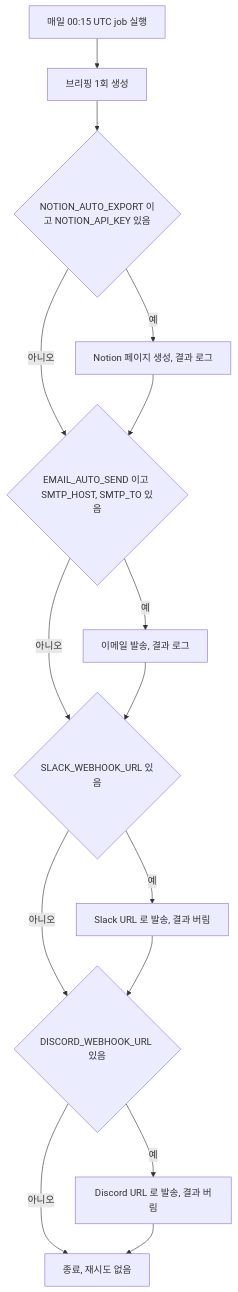
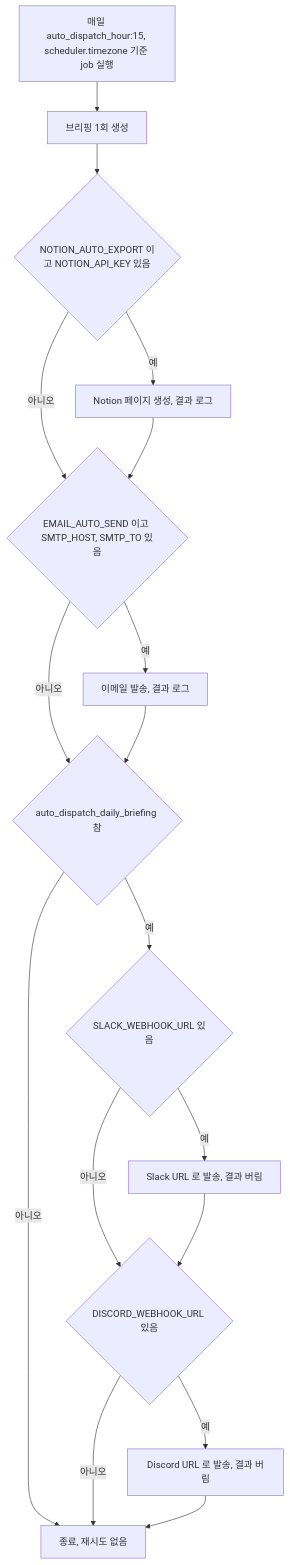
Before and after one commit to ozplayground/agent-lens: diagram 14 of 14 in docs/spec-writer/fsd/04_BRIEFING_AND_SHARING_SPECIFICATION.md, drawn with Mermaid. The commit also changed other lines of this file and 216 other files, not shown here.

````diff
--- a/docs/spec-writer/fsd/04_BRIEFING_AND_SHARING_SPECIFICATION.md
+++ b/docs/spec-writer/fsd/04_BRIEFING_AND_SHARING_SPECIFICATION.md
@@ -1152,17 +1144,19 @@
 ```mermaid
 flowchart TD
-    A["매일 00:15 UTC job 실행"] --> B["브리핑 1회 생성"]
+    A["매일 auto_dispatch_hour:15, scheduler.timezone 기준 job 실행"] --> B["브리핑 1회 생성"]
     B --> C{"NOTION_AUTO_EXPORT 이고 NOTION_API_KEY 있음"}
     C -- 예 --> C1["Notion 페이지 생성, 결과 로그"]
     C -- 아니오 --> D
     C1 --> D{"EMAIL_AUTO_SEND 이고 SMTP_HOST, SMTP_TO 있음"}
     D -- 예 --> D1["이메일 발송, 결과 로그"]
-    D -- 아니오 --> E
-    D1 --> E{"SLACK_WEBHOOK_URL 있음"}
+    D -- 아니오 --> W
+    D1 --> W{"auto_dispatch_daily_briefing 참"}
+    W -- 아니오 --> G
+    W -- 예 --> E{"SLACK_WEBHOOK_URL 있음"}
     E -- 예 --> E1["Slack URL 로 발송, 결과 버림"]
     E -- 아니오 --> F
     E1 --> F{"DISCORD_WEBHOOK_URL 있음"}
     F -- 예 --> F1["Discord URL 로 발송, 결과 버림"]
     F -- 아니오 --> G["종료, 재시도 없음"]
     F1 --> G
 ```
````
